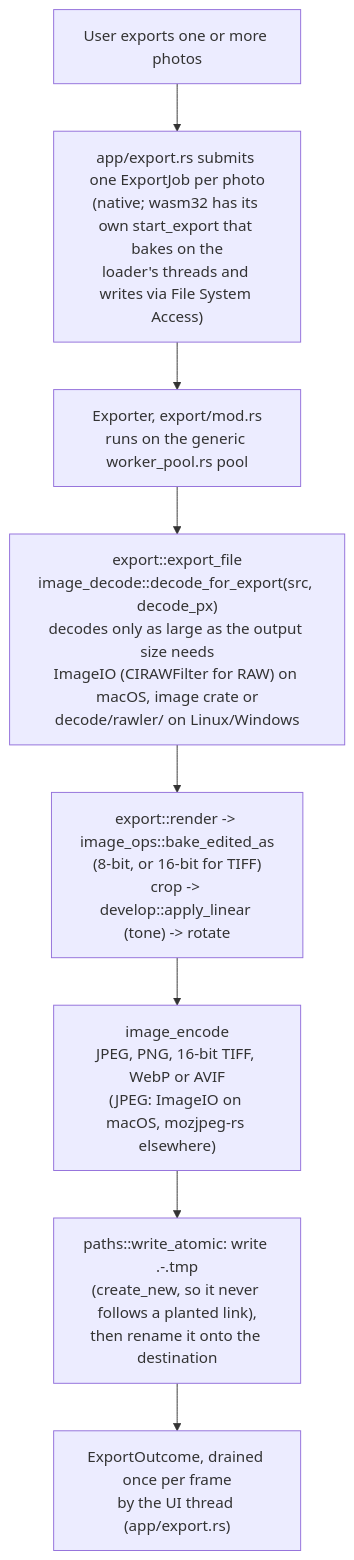
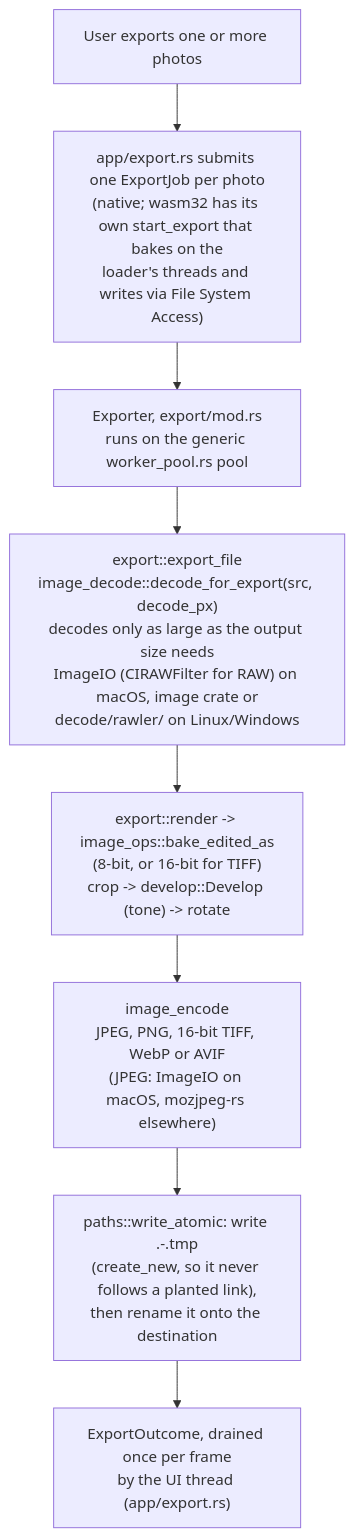
Before and after one commit to andrewyao/lightphotos: the third of 6 diagrams in docs/ARCHITECTURE.md, drawn with Mermaid. The commit also changed other lines of this file and 13 other files, not shown here.

````diff
--- a/docs/ARCHITECTURE.md
+++ b/docs/ARCHITECTURE.md
@@ -240,11 +240,11 @@
 ```mermaid
 flowchart TD
     exportbtn["User exports one or more photos"]
     exportbtn --> submit["app/export.rs submits one ExportJob per photo\n(native; wasm32 has its own start_export that bakes on the\nloader's threads and writes via File System Access)"]
     submit --> pool["Exporter, export/mod.rs\nruns on the generic worker_pool.rs pool"]
     pool --> decode["export::export_file\nimage_decode::decode_for_export(src, decode_px)\ndecodes only as large as the output size needs\nImageIO (CIRAWFilter for RAW) on macOS, image crate or\ndecode/rawler/ on Linux/Windows"]
-    decode --> bake["export::render -> image_ops::bake_edited_as\n(8-bit, or 16-bit for TIFF)\ncrop -> develop::apply_linear (tone) -> rotate"]
+    decode --> bake["export::render -> image_ops::bake_edited_as\n(8-bit, or 16-bit for TIFF)\ncrop -> develop::Develop (tone) -> rotate"]
     bake --> encode["image_encode\nJPEG, PNG, 16-bit TIFF, WebP or AVIF\n(JPEG: ImageIO on macOS, mozjpeg-rs elsewhere)"]
     encode --> write["paths::write_atomic: write <dest>.<pid>-<n>.tmp\n(create_new, so it never follows a planted link),\nthen rename it onto the destination"]
     write --> outcome["ExportOutcome, drained once per frame\nby the UI thread (app/export.rs)"]
 ```
````
